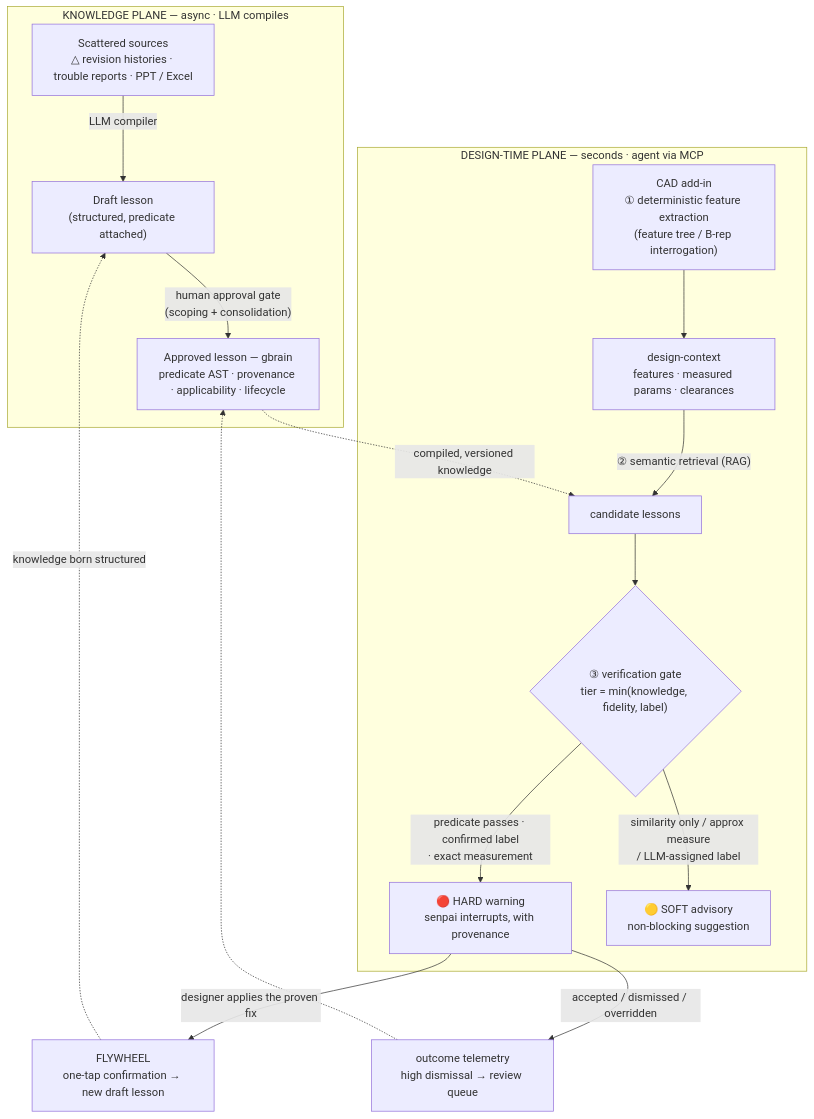
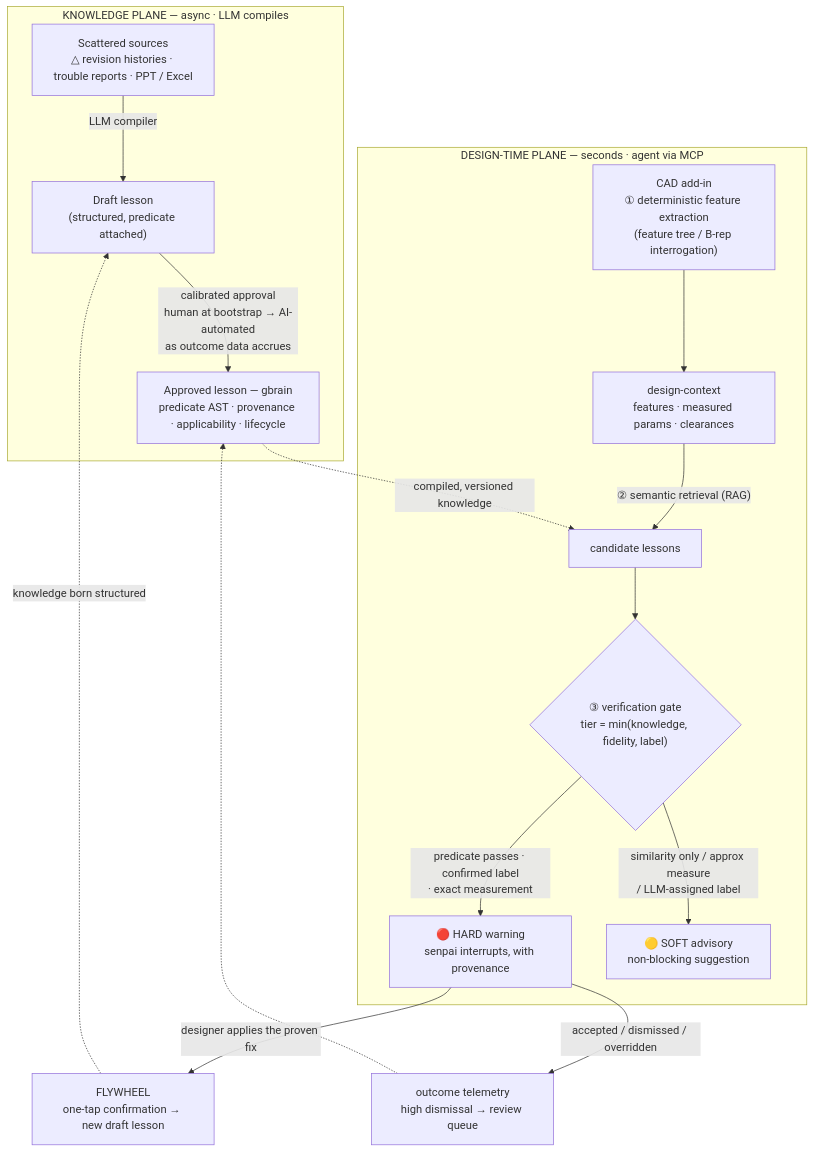
The diagram in docs/ARCHITECTURE.md (c0mpiled-next-roots/T-company-brain), drawn with Mermaid before and after one commit. The commit also changed other lines of this file, not shown here.

````diff
--- a/docs/ARCHITECTURE.md
+++ b/docs/ARCHITECTURE.md
@@ -32,30 +32,30 @@
 ```mermaid
 flowchart TB
     subgraph KP["KNOWLEDGE PLANE — async · LLM compiles"]
         SRC["Scattered sources<br/>△ revision histories · trouble reports · PPT / Excel"]
         DRAFT["Draft lesson<br/>(structured, predicate attached)"]
         LESSON["Approved lesson — gbrain<br/>predicate AST · provenance · applicability · lifecycle"]
         SRC -->|"LLM compiler"| DRAFT
-        DRAFT -->|"human approval gate<br/>(scoping + consolidation)"| LESSON
+        DRAFT -->|"calibrated approval<br/>human at bootstrap → AI-automated<br/>as outcome data accrues"| LESSON
     end
 
     subgraph DP["DESIGN-TIME PLANE — seconds · agent via MCP"]
         CAD["CAD add-in<br/>① deterministic feature extraction<br/>(feature tree / B-rep interrogation)"]
         CTX["design-context<br/>features · measured params · clearances"]
         CAND["candidate lessons"]
         GATE{"③ verification gate<br/>tier = min(knowledge, fidelity, label)"}
         HARD["🔴 HARD warning<br/>senpai interrupts, with provenance"]
         SOFT["🟡 SOFT advisory<br/>non-blocking suggestion"]
         CAD --> CTX
         CTX -->|"② semantic retrieval (RAG)"| CAND
         CAND --> GATE
         GATE -->|"predicate passes · confirmed label<br/>· exact measurement"| HARD
         GATE -->|"similarity only / approx measure<br/>/ LLM-assigned label"| SOFT
     end
 
     LESSON -.->|"compiled, versioned knowledge"| CAND
     HARD -->|"designer applies the proven fix"| FLY["FLYWHEEL<br/>one-tap confirmation → new draft lesson"]
     FLY -.->|"knowledge born structured"| DRAFT
     HARD -->|"accepted / dismissed / overridden"| TEL["outcome telemetry<br/>high dismissal → review queue"]
     TEL -.-> LESSON
 ```
````
